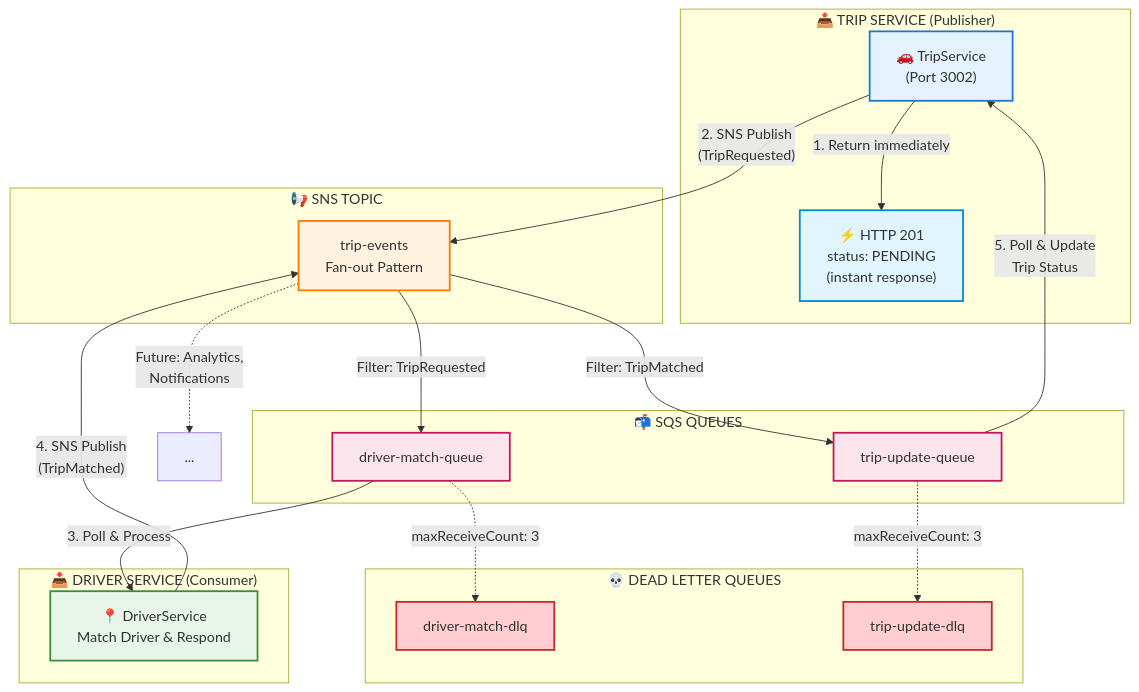
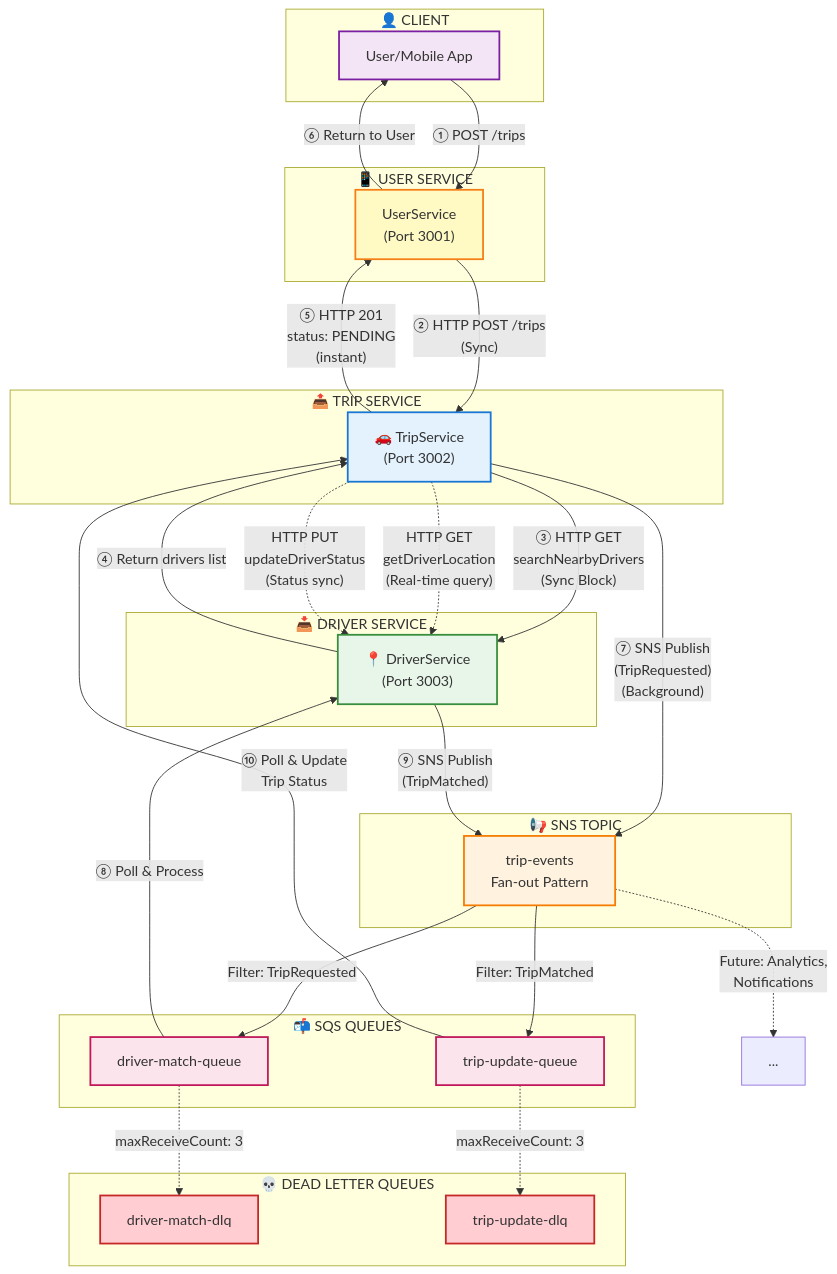
The diagram in Deliverables/ADR/ADR-001-async-communication.md (dieuxuanhien/uit-go-se360), drawn with Mermaid before and after one commit. The commit also changed other lines of this file, not shown here.

Commit message:
update architecture of ADR 1

````diff
--- a/Deliverables/ADR/ADR-001-async-communication.md
+++ b/Deliverables/ADR/ADR-001-async-communication.md
@@ -135,8 +135,15 @@
 ```mermaid
 flowchart TB
-    subgraph Publisher["📤 TRIP SERVICE (Publisher)"]
+    subgraph Client["👤 CLIENT"]
+        User["User/Mobile App"]
+    end
+
+    subgraph UserSvc["📱 USER SERVICE"]
+        US["UserService<br/>(Port 3001)"]
+    end
+
+    subgraph Publisher["📤 TRIP SERVICE"]
         TS["🚗 TripService<br/>(Port 3002)"]
-        HTTP["⚡ HTTP 201<br/>status: PENDING<br/>(instant response)"]
     end
 
     subgraph SNS["📢 SNS TOPIC"]
@@ -153,13 +160,26 @@
         DLQ2["trip-update-dlq"]
     end
 
-    subgraph Consumer["📥 DRIVER SERVICE (Consumer)"]
-        DS["📍 DriverService<br/>Match Driver & Respond"]
+    subgraph Consumer["📥 DRIVER SERVICE"]
+        DS["📍 DriverService<br/>(Port 3003)"]
     end
 
-    %% Trip Creation Flow
-    TS -->|"1. Return immediately"| HTTP
-    TS -->|"2. SNS Publish<br/>(TripRequested)"| Topic
+    %% User to UserService (Sync)
+    User -->|"① POST /trips"| US
+
+    %% UserService to TripService (Sync HTTP)
+    US -->|"② HTTP POST /trips<br/>(Sync)"| TS
+
+    %% TripService to DriverService (Sync HTTP) - CRITICAL!
+    TS -->|"③ HTTP GET<br/>searchNearbyDrivers<br/>(Sync Block)"| DS
+    DS -->|"④ Return drivers list"| TS
+
+    %% TripService Response (Sync)
+    TS -->|"⑤ HTTP 201<br/>status: PENDING<br/>(instant)"| US
+    US -->|"⑥ Return to User"| User
+
+    %% TripService to SNS (Async Background)
+    TS -->|"⑦ SNS Publish<br/>(TripRequested)<br/>(Background)"| Topic
 
     %% SNS Fan-out to Queues
     Topic -->|"Filter: TripRequested"| SQS1
@@ -171,23 +191,29 @@
     SQS2 -.->|"maxReceiveCount: 3"| DLQ2
 
     %% Driver Service processes and responds
-    SQS1 -->|"3. Poll & Process"| DS
-    DS -->|"4. SNS Publish<br/>(TripMatched)"| Topic
+    SQS1 -->|"⑧ Poll & Process"| DS
+    DS -->|"⑨ SNS Publish<br/>(TripMatched)"| Topic
 
     %% Trip Service receives update
-    SQS2 -->|"5. Poll & Update<br/>Trip Status"| TS
+    SQS2 -->|"⑩ Poll & Update<br/>Trip Status"| TS
 
+    %% Additional Sync HTTP Calls (Real-time queries)
+    TS -.->|"HTTP GET<br/>getDriverLocation<br/>(Real-time query)"| DS
+    TS -.->|"HTTP PUT<br/>updateDriverStatus<br/>(Status sync)"| DS
+
+    classDef userBox fill:#f3e5f5,stroke:#7b1fa2,stroke-width:2px
+    classDef usBox fill:#fff9c4,stroke:#f57f17,stroke-width:2px
     classDef tsBox fill:#e3f2fd,stroke:#1976d2,stroke-width:2px
     classDef snsBox fill:#fff3e0,stroke:#f57c00,stroke-width:2px
     classDef sqsBox fill:#fce4ec,stroke:#c2185b,stroke-width:2px
     classDef dlqBox fill:#ffcdd2,stroke:#c62828,stroke-width:2px
     classDef dsBox fill:#e8f5e9,stroke:#388e3c,stroke-width:2px
-    classDef httpBox fill:#e1f5fe,stroke:#0288d1,stroke-width:2px
 
+    class User userBox
+    class US usBox
     class TS tsBox
     class Topic snsBox
     class SQS1,SQS2 sqsBox
     class DLQ1,DLQ2 dlqBox
     class DS dsBox
-    class HTTP httpBox
 ```
````
